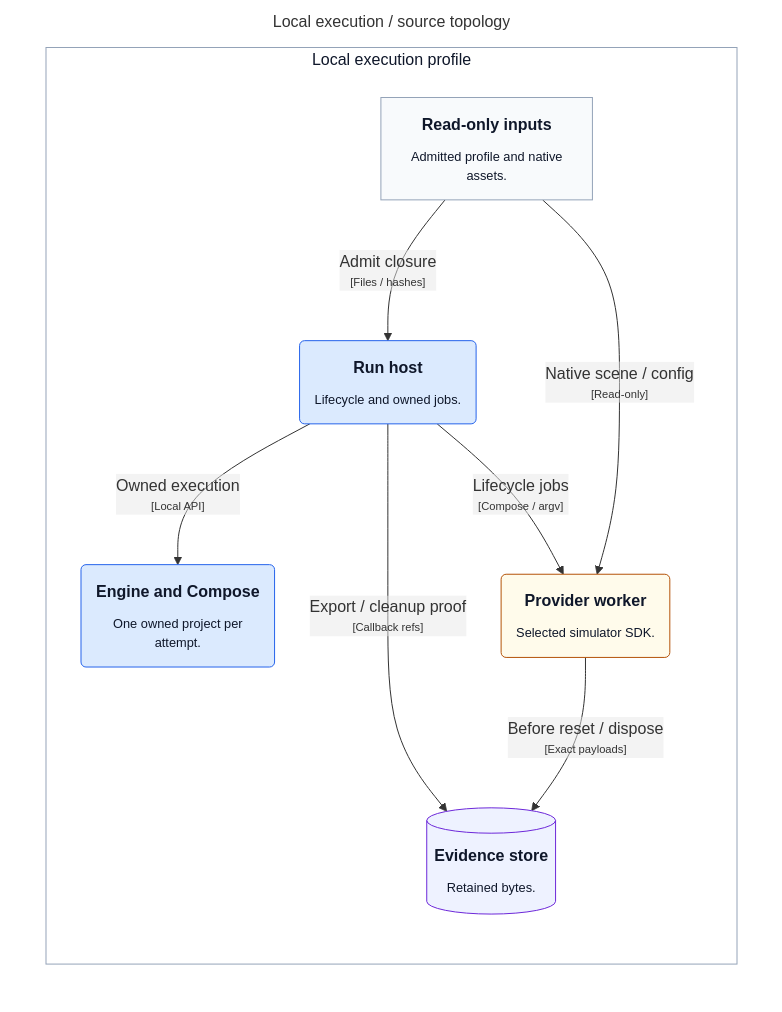
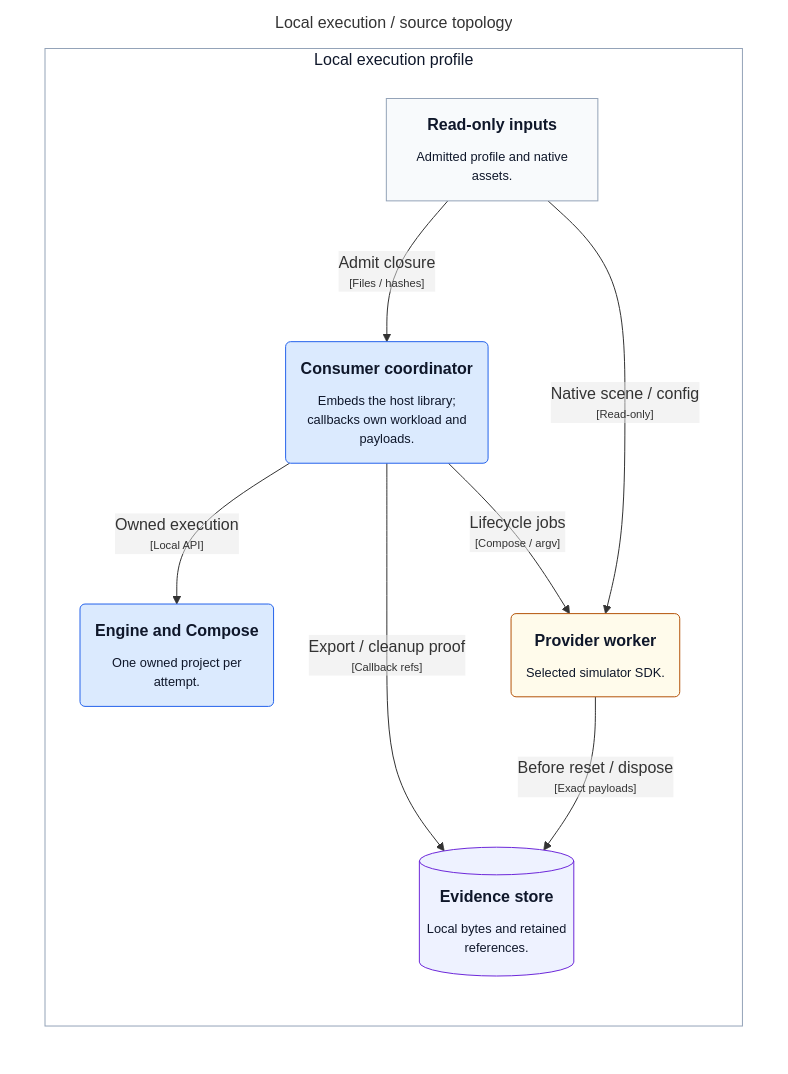
One commit to mmkolpakov/robotics-runtime changed the diagram in docs/architecture/generated/structurizr-ExecutionDeployment.mmd. Above: the diagram before and after it, drawn with Mermaid. The commit also changed 19 other files, not shown here.

Commit message:
docs: separate CLI and embedded host architecture views

```diff
--- a/docs/architecture/generated/structurizr-ExecutionDeployment.mmd
+++ b/docs/architecture/generated/structurizr-ExecutionDeployment.mmd
@@ -1,29 +1,29 @@
 graph LR
   linkStyle default fill:#ffffff
 
   subgraph diagram ["Local execution / source topology"]
     style diagram fill:#ffffff,stroke:#ffffff
 
-    subgraph 78 ["Local execution profile"]
-      style 78 fill:#ffffff,stroke:#94a3b8,color:#0f172a
+    subgraph 83 ["Local execution profile"]
+      style 83 fill:#ffffff,stroke:#94a3b8,color:#0f172a
 
-      79["<div style='font-weight: bold'>Read-only inputs</div><div style='font-size: 80%; margin-top:10px'>Admitted profile and native<br />assets.</div>"]
-      style 79 fill:#f8fafc,stroke:#94a3b8,color:#0f172a
-      80("<div style='font-weight: bold'>Engine and Compose</div><div style='font-size: 80%; margin-top:10px'>One owned project per<br />attempt.</div>")
-      style 80 fill:#dbeafe,stroke:#2563eb,color:#0f172a
-      81("<div style='font-weight: bold'>Run host</div><div style='font-size: 80%; margin-top:10px'>Lifecycle and owned jobs.</div>")
-      style 81 fill:#dbeafe,stroke:#2563eb,color:#0f172a
-      82("<div style='font-weight: bold'>Provider worker</div><div style='font-size: 80%; margin-top:10px'>Selected simulator SDK.</div>")
-      style 82 fill:#fffbeb,stroke:#b45309,color:#0f172a
-      84[("<div style='font-weight: bold'>Evidence store</div><div style='font-size: 80%; margin-top:10px'>Retained bytes.</div>")]
-      style 84 fill:#eef2ff,stroke:#6d28d9,color:#0f172a
+      84["<div style='font-weight: bold'>Read-only inputs</div><div style='font-size: 80%; margin-top:10px'>Admitted profile and native<br />assets.</div>"]
+      style 84 fill:#f8fafc,stroke:#94a3b8,color:#0f172a
+      85("<div style='font-weight: bold'>Engine and Compose</div><div style='font-size: 80%; margin-top:10px'>One owned project per<br />attempt.</div>")
+      style 85 fill:#dbeafe,stroke:#2563eb,color:#0f172a
+      86("<div style='font-weight: bold'>Consumer coordinator</div><div style='font-size: 80%; margin-top:10px'>Embeds the host library;<br />callbacks own workload and<br />payloads.</div>")
+      style 86 fill:#dbeafe,stroke:#2563eb,color:#0f172a
+      87("<div style='font-weight: bold'>Provider worker</div><div style='font-size: 80%; margin-top:10px'>Selected simulator SDK.</div>")
+      style 87 fill:#fffbeb,stroke:#b45309,color:#0f172a
+      89[("<div style='font-weight: bold'>Evidence store</div><div style='font-size: 80%; margin-top:10px'>Local bytes and retained<br />references.</div>")]
+      style 89 fill:#eef2ff,stroke:#6d28d9,color:#0f172a
     end
 
-    81-- "<div>Lifecycle jobs</div><div style='font-size: 70%'>[Compose / argv]</div>" -->82
-    81-- "<div>Export / cleanup proof</div><div style='font-size: 70%'>[Callback refs]</div>" -->84
-    82-- "<div>Before reset / dispose</div><div style='font-size: 70%'>[Exact payloads]</div>" -->84
-    79-- "<div>Admit closure</div><div style='font-size: 70%'>[Files / hashes]</div>" -->81
-    79-- "<div>Native scene / config</div><div style='font-size: 70%'>[Read-only]</div>" -->82
-    81-- "<div>Owned execution</div><div style='font-size: 70%'>[Local API]</div>" -->80
+    86-- "<div>Lifecycle jobs</div><div style='font-size: 70%'>[Compose / argv]</div>" -->87
+    86-- "<div>Export / cleanup proof</div><div style='font-size: 70%'>[Callback refs]</div>" -->89
+    87-- "<div>Before reset / dispose</div><div style='font-size: 70%'>[Exact payloads]</div>" -->89
+    84-- "<div>Admit closure</div><div style='font-size: 70%'>[Files / hashes]</div>" -->86
+    84-- "<div>Native scene / config</div><div style='font-size: 70%'>[Read-only]</div>" -->87
+    86-- "<div>Owned execution</div><div style='font-size: 70%'>[Local API]</div>" -->85
 
   end
```
